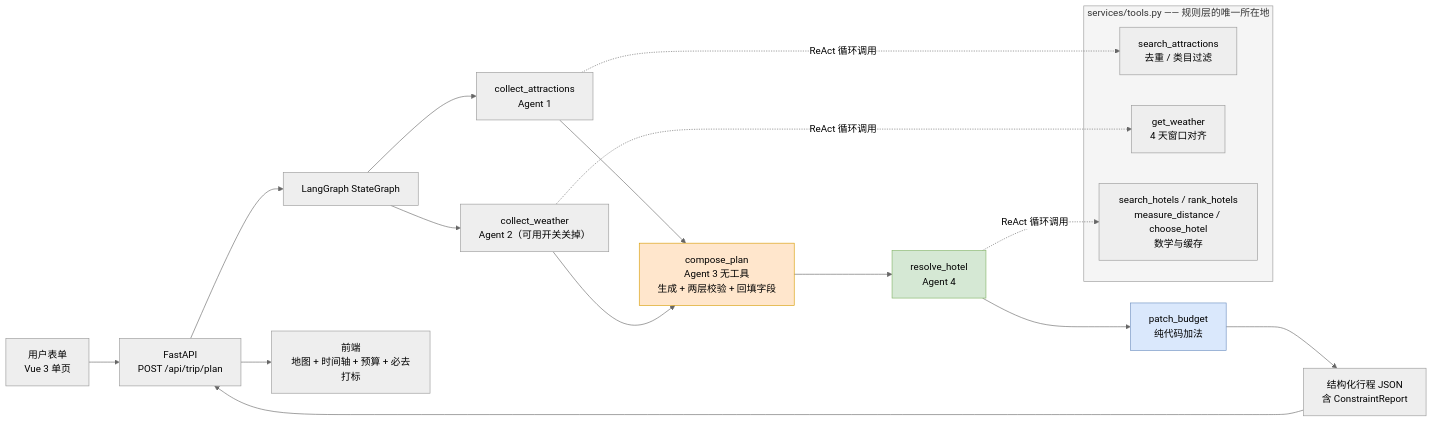
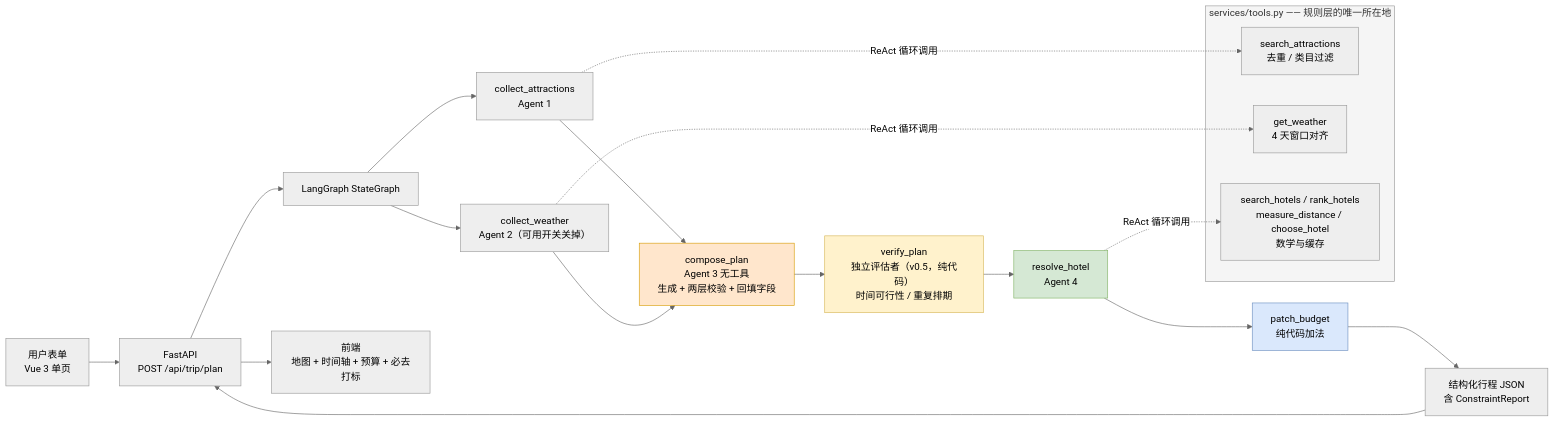
One commit to khanvhujil-byte/yuncheng-agent changed the first of 4 diagrams in docs/需求文档.md. Above: the diagram before and after it, drawn with Mermaid (neutral theme). The commit also changed other lines of this file and 39 other files, not shown here.

````diff
--- a/docs/需求文档.md
+++ b/docs/需求文档.md
@@ -391,28 +408,30 @@
 ```mermaid
 flowchart LR
   U["用户表单<br/>Vue 3 单页"] --> API["FastAPI<br/>POST /api/trip/plan"]
   API --> G["LangGraph StateGraph"]
   G --> A["collect_attractions<br/>Agent 1"]
   G --> W["collect_weather<br/>Agent 2（可用开关关掉）"]
   A --> P["compose_plan<br/>Agent 3 无工具<br/>生成 + 两层校验 + 回填字段"]
   W --> P
-  P --> RH["resolve_hotel<br/>Agent 4"]
+  P --> V["verify_plan<br/>独立评估者（v0.5，纯代码）<br/>时间可行性 / 重复排期"]
+  V --> RH["resolve_hotel<br/>Agent 4"]
   RH --> B["patch_budget<br/>纯代码加法"]
   B --> R["结构化行程 JSON<br/>含 ConstraintReport"]
   R --> API
   API --> FE["前端<br/>地图 + 时间轴 + 预算 + 必去打标"]
 
   subgraph TOOLS["services/tools.py —— 规则层的唯一所在地"]
     T1["search_attractions<br/>去重 / 类目过滤"]
     T2["get_weather<br/>4 天窗口对齐"]
     T3["search_hotels / rank_hotels<br/>measure_distance / choose_hotel<br/>数学与缓存"]
   end
   A -. "ReAct 循环调用" .-> T1
   W -. "ReAct 循环调用" .-> T2
   RH -. "ReAct 循环调用" .-> T3
 
   style P fill:#ffe6cc,stroke:#d79b00
+  style V fill:#fff2cc,stroke:#d6b656
   style RH fill:#d5e8d4,stroke:#82b366
   style B fill:#dae8fc,stroke:#6c8ebf
   style TOOLS fill:#f5f5f5,stroke:#999999
 ```
````
